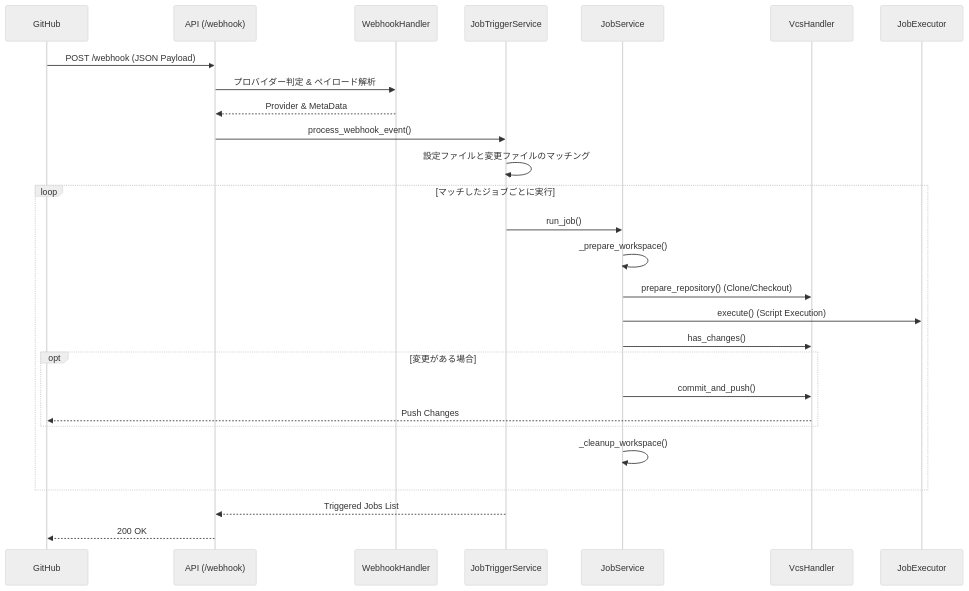
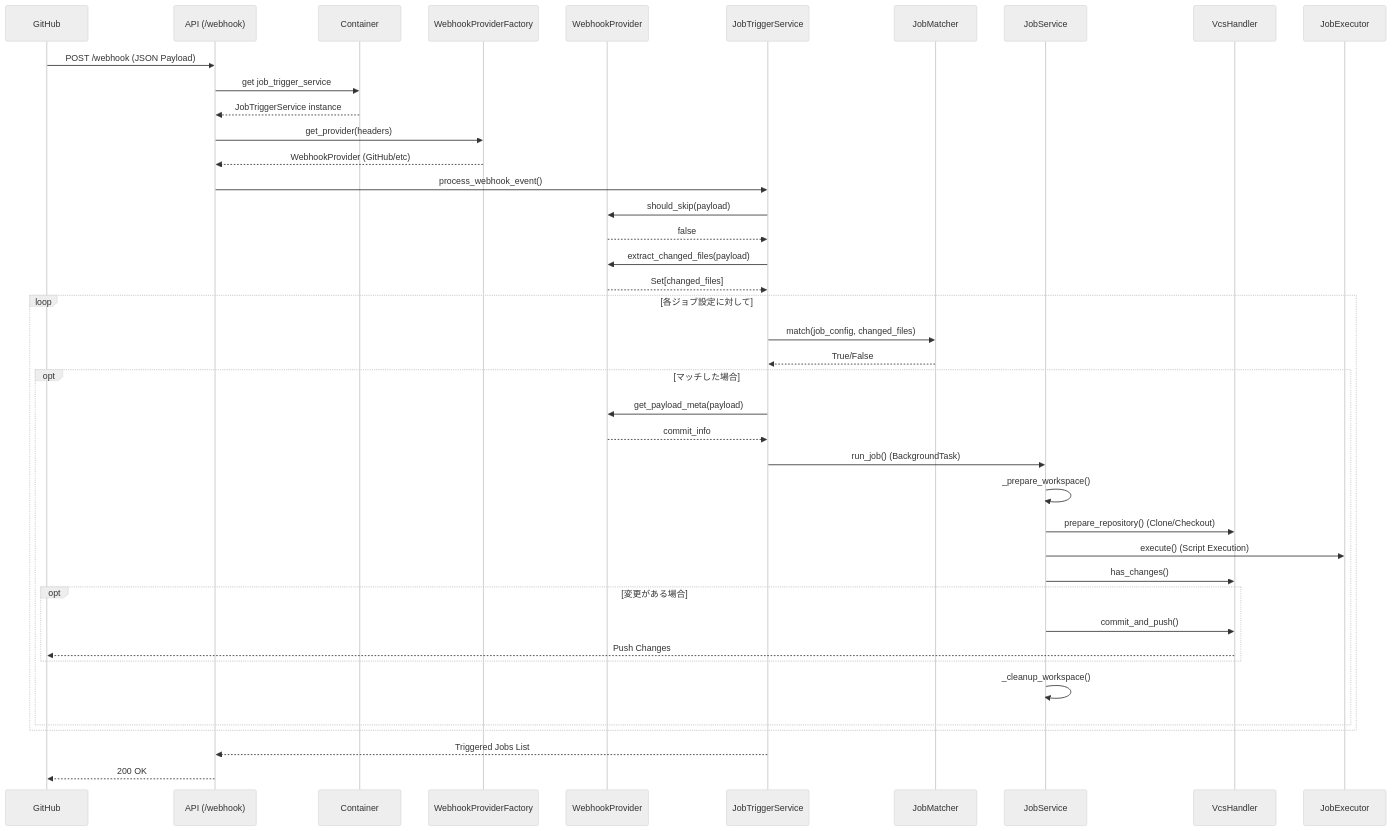
One commit to NorihiroTanaka/ToyCITool changed the diagram in docs/overview.md. Above: the diagram before and after it, drawn with Mermaid (neutral theme). The commit also changed other lines of this file and 3 other files, not shown here.

````diff
--- a/docs/overview.md
+++ b/docs/overview.md
@@ -16,34 +17,50 @@
 ```mermaid
 sequenceDiagram
     participant GitHub
     participant API as API (/webhook)
-    participant Webhook as WebhookHandler
+    participant Container as Container
+    participant Factory as WebhookProviderFactory
+    participant Provider as WebhookProvider
     participant Trigger as JobTriggerService
+    participant Matcher as JobMatcher
     participant Service as JobService
     participant VCS as VcsHandler
     participant Executor as JobExecutor
 
     GitHub->>API: POST /webhook (JSON Payload)
-    API->>Webhook: プロバイダー判定 & ペイロード解析
-    Webhook-->>API: Provider & MetaData
+    API->>Container: get job_trigger_service
+    Container-->>API: JobTriggerService instance
+    API->>Factory: get_provider(headers)
+    Factory-->>API: WebhookProvider (GitHub/etc)
     API->>Trigger: process_webhook_event()
-    Trigger->>Trigger: 設定ファイルと変更ファイルのマッチング
+    Trigger->>Provider: should_skip(payload)
+    Provider-->>Trigger: false
+    Trigger->>Provider: extract_changed_files(payload)
+    Provider-->>Trigger: Set[changed_files]
     
-    loop マッチしたジョブごとに実行
-        Trigger->>Service: run_job()
-        Service->>Service: _prepare_workspace()
-        Service->>VCS: prepare_repository() (Clone/Checkout)
-        Service->>Executor: execute() (Script Execution)
-        Service->>VCS: has_changes()
+    loop 各ジョブ設定に対して
+        Trigger->>Matcher: match(job_config, changed_files)
+        Matcher-->>Trigger: True/False
         
-        opt 変更がある場合
-            Service->>VCS: commit_and_push()
-            VCS-->>GitHub: Push Changes
+        opt マッチした場合
+            Trigger->>Provider: get_payload_meta(payload)
+            Provider-->>Trigger: commit_info
+            Trigger->>Service: run_job() (BackgroundTask)
+            
+            Service->>Service: _prepare_workspace()
+            Service->>VCS: prepare_repository() (Clone/Checkout)
+            Service->>Executor: execute() (Script Execution)
+            Service->>VCS: has_changes()
+            
+            opt 変更がある場合
+                Service->>VCS: commit_and_push()
+                VCS-->>GitHub: Push Changes
+            end
+            
+            Service->>Service: _cleanup_workspace()
         end
-        
-        Service->>Service: _cleanup_workspace()
     end
     
     Trigger-->>API: Triggered Jobs List
     API-->>GitHub: 200 OK
 ```
````
